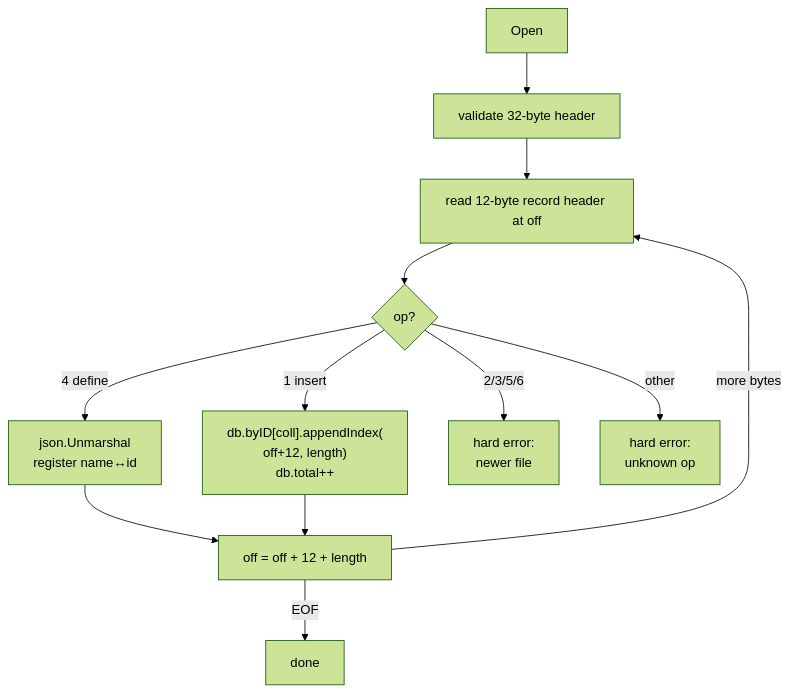
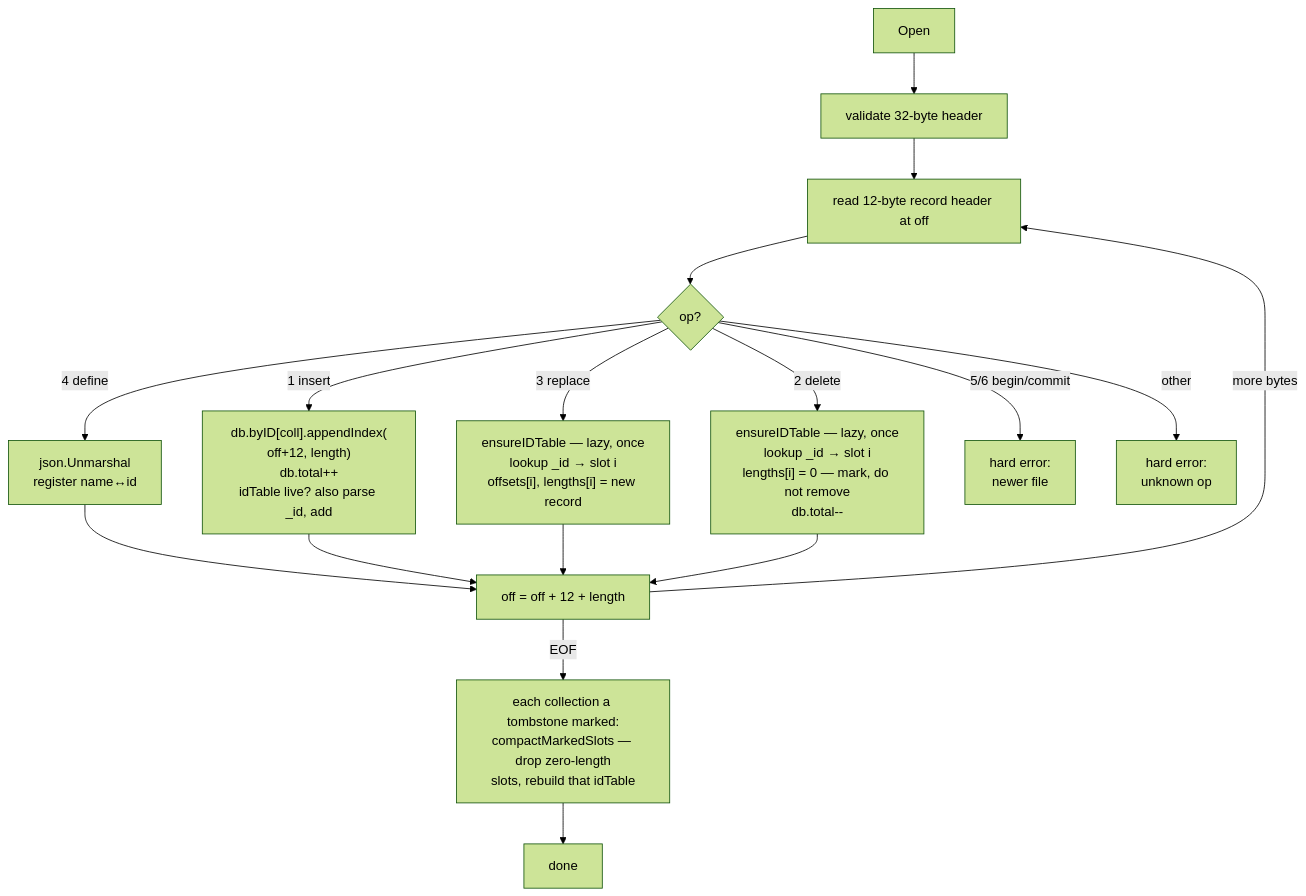
Before and after one commit to jkristia/nosqlite: the second of 4 diagrams in docs/file-format.md, drawn with Mermaid (forest theme). The commit also changed other lines of this file and 8 other files, not shown here.

````diff
--- a/docs/file-format.md
+++ b/docs/file-format.md
@@ -150,14 +150,19 @@
 ```mermaid
 flowchart TD
     S["Open"] --> V["validate 32-byte header"]
     V --> L["read 12-byte record header at off"]
     L --> C{"op?"}
     C -->|"4 define"| D["json.Unmarshal<br/>register name↔id"]
-    C -->|"1 insert"| I["db.byID[coll].appendIndex(<br/>off+12, length)<br/>db.total++"]
-    C -->|"2/3/5/6"| E1["hard error:<br/>newer file"]
+    C -->|"1 insert"| I["db.byID[coll].appendIndex(<br/>off+12, length)<br/>db.total++<br/>idTable live? also parse _id, add"]
+    C -->|"3 replace"| R["ensureIDTable — lazy, once<br/>lookup _id → slot i<br/>offsets[i], lengths[i] = new record"]
+    C -->|"2 delete"| X["ensureIDTable — lazy, once<br/>lookup _id → slot i<br/>lengths[i] = 0 — mark, do not remove<br/>db.total--"]
+    C -->|"5/6 begin/commit"| E1["hard error:<br/>newer file"]
     C -->|"other"| E2["hard error:<br/>unknown op"]
     D --> N["off = off + 12 + length"]
     I --> N
+    R --> N
+    X --> N
     N -->|"more bytes"| L
-    N -->|"EOF"| Z["done"]
+    N -->|"EOF"| P["each collection a tombstone marked:<br/>compactMarkedSlots — drop zero-length<br/>slots, rebuild that idTable"]
+    P --> Z["done"]
 ```
````
